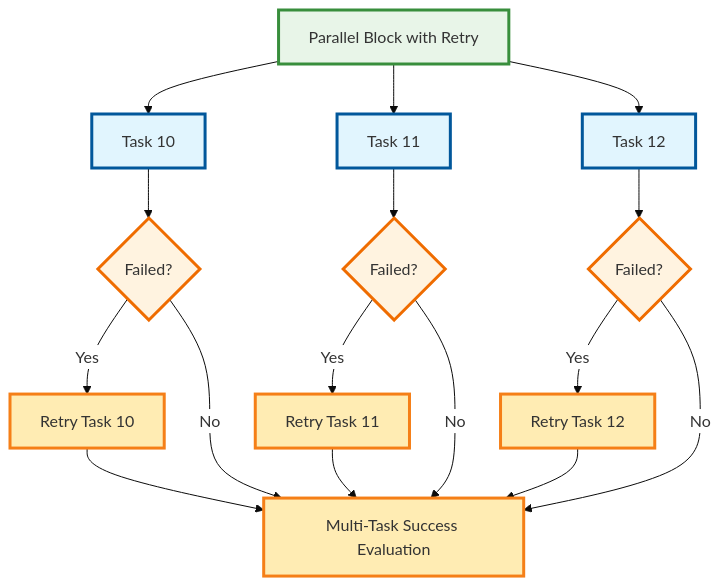
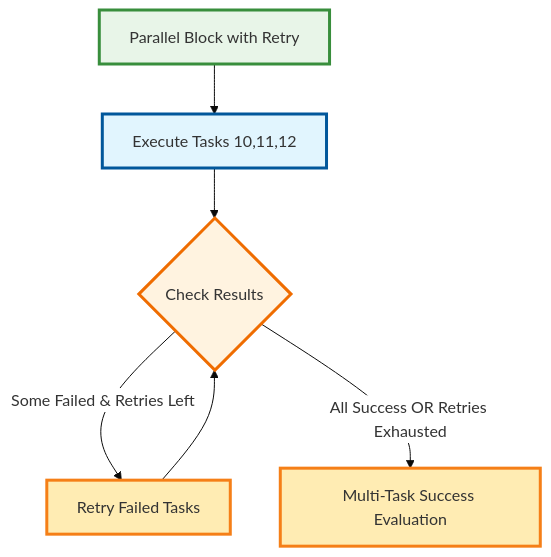
The tenth of 14 diagrams in TaskER_FlowChart.md (bastelbude1/Tasker), drawn with Mermaid before and after one commit. The commit also changed other lines of this file, not shown here.

Commit message:
Fix: Correct retry logic graphs and naming consistency
- Fixed Parallel Block with Retry graph to show proper retry loop
- Fixed Conditional Block with Retry graph to show proper retry loop
- Both retry blocks now correctly loop back when retries remaining
- Fixed naming: "Condition Block" → "Conditional Block" (consistency)
- Retry logic now accurately reflects: Check Results → Retry if needed → Loop back
- Verified correct ordering: Conditional Block (#7) → Conditional Block with Retry (#11)

🤖 Generated with [Claude Code](https://claude.ai/code)

````diff
--- a/TaskER_FlowChart.md
+++ b/TaskER_FlowChart.md
@@ -455,31 +455,15 @@
 ```mermaid
 %%{init: {'theme':'base', 'themeVariables': {'primaryColor':'#ffffff'}}}%%
 flowchart TD
-    A[Parallel Block with Retry] --> B[Task 10]
-    A --> C[Task 11]
-    A --> D[Task 12]
-    B --> E{Failed?}
-    C --> F{Failed?}
-    D --> G{Failed?}
-    E -->|Yes| H[Retry Task 10]
-    F -->|Yes| I[Retry Task 11]
-    G -->|Yes| J[Retry Task 12]
-    E -->|No| K[Multi-Task Success Evaluation]
-    F -->|No| K
-    G -->|No| K
-    H --> K
-    I --> K
-    J --> K
+    A[Parallel Block with Retry] --> B[Execute Tasks 10,11,12]
+    B --> C{Check Results}
+    C -->|Some Failed & Retries Left| D[Retry Failed Tasks]
+    D --> C
+    C -->|All Success OR Retries Exhausted| E[Multi-Task Success Evaluation]
 
     style A fill:#e8f5e8,stroke:#388e3c,stroke-width:3px
     style B fill:#e1f5fe,stroke:#01579b,stroke-width:3px
-    style C fill:#e1f5fe,stroke:#01579b,stroke-width:3px
-    style D fill:#e1f5fe,stroke:#01579b,stroke-width:3px
-    style E fill:#fff3e0,stroke:#ef6c00,stroke-width:3px
-    style F fill:#fff3e0,stroke:#ef6c00,stroke-width:3px
-    style G fill:#fff3e0,stroke:#ef6c00,stroke-width:3px
-    style H fill:#ffecb3,stroke:#f57f17,stroke-width:3px
-    style I fill:#ffecb3,stroke:#f57f17,stroke-width:3px
-    style J fill:#ffecb3,stroke:#f57f17,stroke-width:3px
-    style K fill:#ffecb3,stroke:#f57f17,stroke-width:3px
+    style C fill:#fff3e0,stroke:#ef6c00,stroke-width:3px
+    style D fill:#ffecb3,stroke:#f57f17,stroke-width:3px
+    style E fill:#ffecb3,stroke:#f57f17,stroke-width:3px
 ```
````
